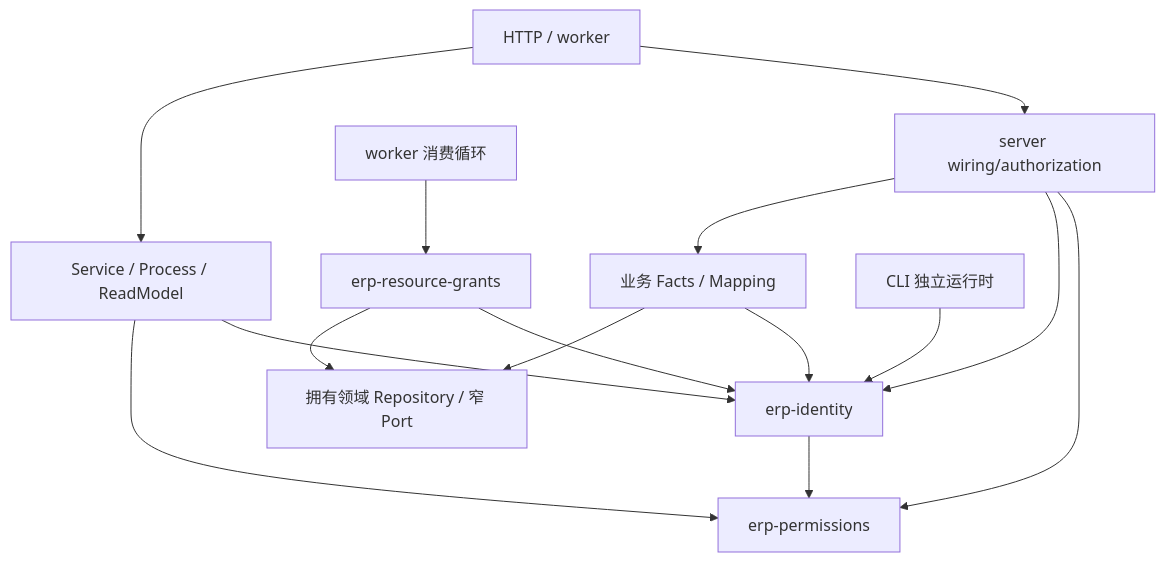
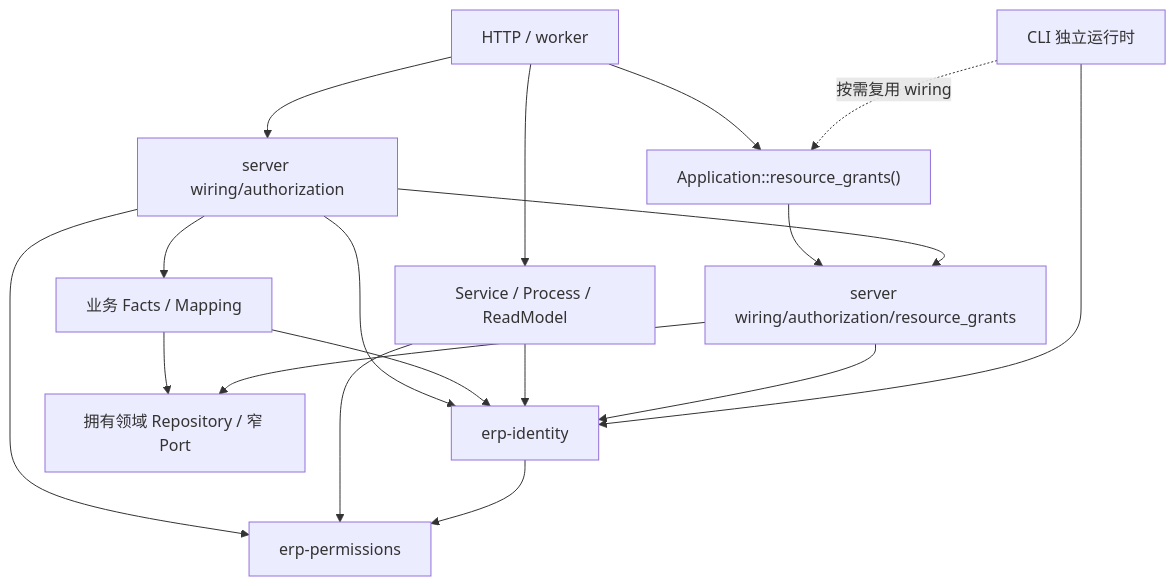
Before and after one commit to mztlive/erp: the first of 2 diagrams in docs/authorization-system-design.md, drawn with Mermaid. The commit also changed other lines of this file and 31 other files, not shown here.

````diff
--- a/docs/authorization-system-design.md
+++ b/docs/authorization-system-design.md
@@ -17,17 +17,20 @@
 ```mermaid
 flowchart TD
     Runtime["HTTP / worker"] --> Wiring["server wiring/authorization"]
     Runtime --> Business["Service / Process / ReadModel"]
     Wiring --> Permissions["erp-permissions"]
     Wiring --> Identity["erp-identity"]
     Wiring --> Providers["业务 Facts / Mapping"]
     Providers --> Identity
     Providers --> Repositories["拥有领域 Repository / 窄 Port"]
     Business --> Identity
     Business --> Permissions
     Identity --> Permissions
-    Worker["worker 消费循环"] --> Grants["erp-resource-grants"]
+    Runtime --> App["Application::resource_grants()"]
+    App --> Grants["server wiring/authorization/resource_grants"]
+    Wiring --> Grants
     Grants --> Identity
     Grants --> Repositories
     Cli["CLI 独立运行时"] --> Identity
+    Cli -. 按需复用 wiring .-> App
 ```
````
